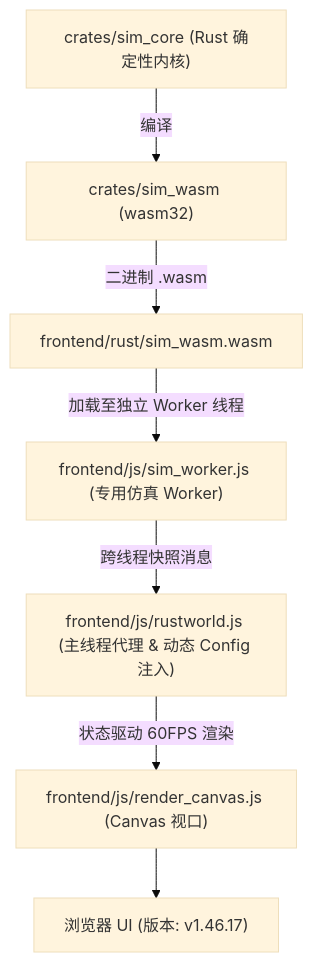
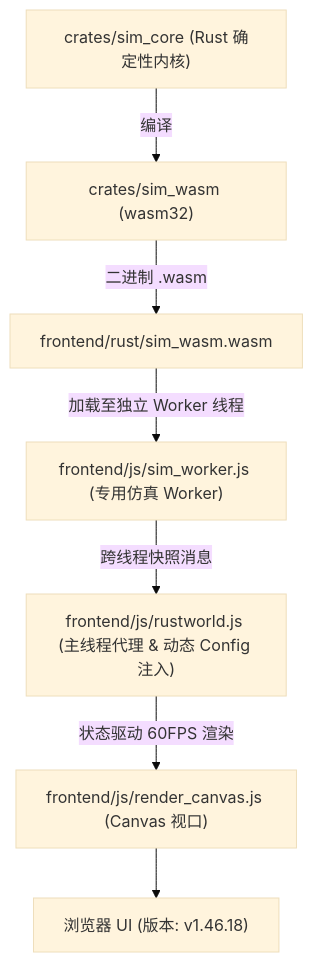
The diagram in AGENTS.md (g39088902/FlowAndAccord), drawn with Mermaid (base theme) before and after one commit. The commit also changed other lines of this file and 23 other files, not shown here.

````diff
--- a/AGENTS.md
+++ b/AGENTS.md
@@ -60,9 +60,9 @@
 ```mermaid
 graph TD
     A["crates/sim_core (Rust 确定性内核)"] -->|编译| B["crates/sim_wasm (wasm32)"]
     B -->|二进制 .wasm| C["frontend/rust/sim_wasm.wasm"]
     C -->|加载至独立 Worker 线程| D["frontend/js/sim_worker.js (专用仿真 Worker)"]
     D -->|跨线程快照消息| E["frontend/js/rustworld.js (主线程代理 & 动态 Config 注入)"]
     E -->|状态驱动 60FPS 渲染| F["frontend/js/render_canvas.js (Canvas 视口)"]
-    F --> G["浏览器 UI (版本: v1.46.17)"]
+    F --> G["浏览器 UI (版本: v1.46.18)"]
 ```
````
